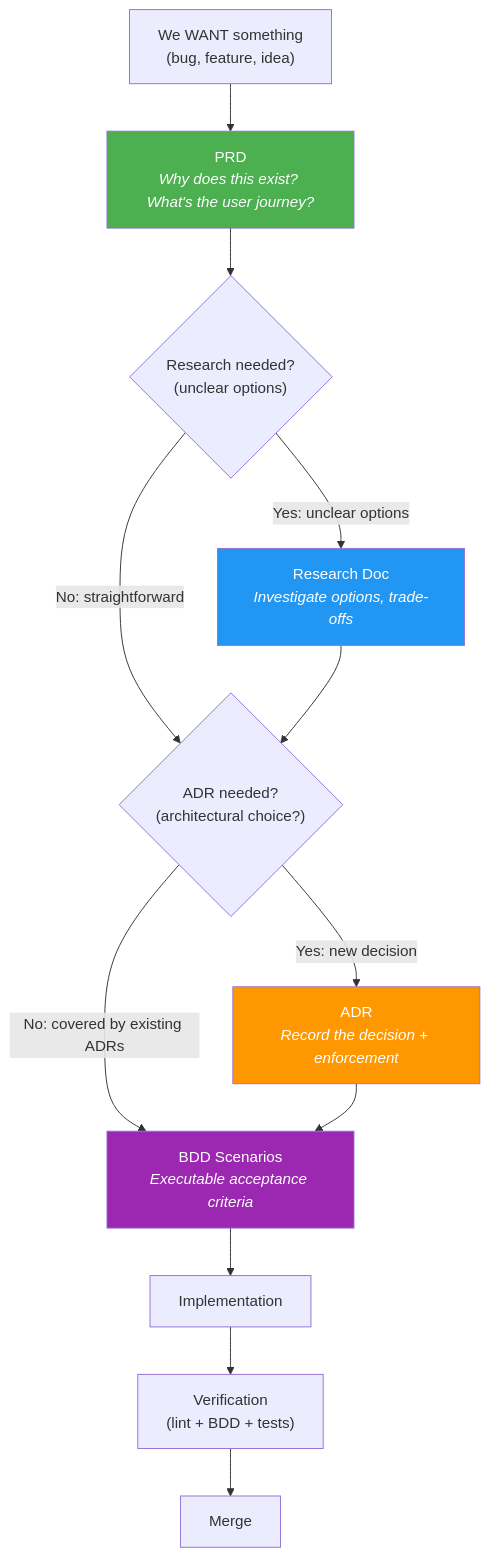
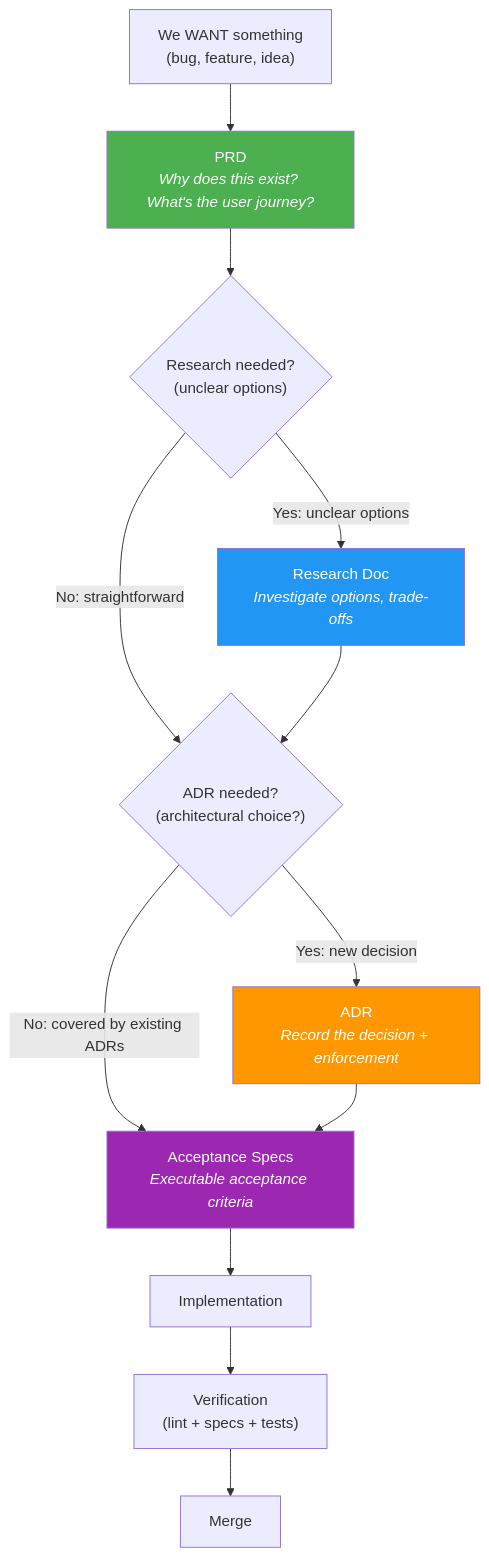
One commit to nuno-git/druppie-fork changed the third of 3 diagrams in docs/SPEC-FRAMEWORK.md. Above: the diagram before and after it, drawn with Mermaid. The commit also changed other lines of this file and 8 other files, not shown here.

First line of the commit message:
refactor(docs): rename BDD to Acceptance Specs across framework

````diff
--- a/docs/SPEC-FRAMEWORK.md
+++ b/docs/SPEC-FRAMEWORK.md
@@ -186,30 +229,30 @@
 ```mermaid
 flowchart TD
     WANT["We WANT something<br/>(bug, feature, idea)"]
     PRD["PRD<br/><i>Why does this exist? What's the user journey?</i>"]
     RESEARCH{"Research needed?<br/>(unclear options)"}
     RESEARCH_DOC["Research Doc<br/><i>Investigate options, trade-offs</i>"]
     ADR{"ADR needed?<br/>(architectural choice?)"}
     ADR_DOC["ADR<br/><i>Record the decision + enforcement</i>"]
-    BDD["BDD Scenarios<br/><i>Executable acceptance criteria</i>"]
+    SPECS["Acceptance Specs<br/><i>Executable acceptance criteria</i>"]
     IMPL["Implementation"]
-    VERIFY["Verification<br/>(lint + BDD + tests)"]
+    VERIFY["Verification<br/>(lint + specs + tests)"]
     MERGE["Merge"]
 
     WANT --> PRD
     PRD --> RESEARCH
     RESEARCH -->|"Yes: unclear options"| RESEARCH_DOC
     RESEARCH -->|"No: straightforward"| ADR
     RESEARCH_DOC --> ADR
     ADR -->|"Yes: new decision"| ADR_DOC
-    ADR -->|"No: covered by existing ADRs"| BDD
-    ADR_DOC --> BDD
-    BDD --> IMPL
+    ADR -->|"No: covered by existing ADRs"| SPECS
+    ADR_DOC --> SPECS
+    SPECS --> IMPL
     IMPL --> VERIFY
     VERIFY --> MERGE
 
     style PRD fill:#4CAF50,color:#fff
     style RESEARCH_DOC fill:#2196F3,color:#fff
     style ADR_DOC fill:#FF9800,color:#fff
-    style BDD fill:#9C27B0,color:#fff
+    style SPECS fill:#9C27B0,color:#fff
 ```
````
